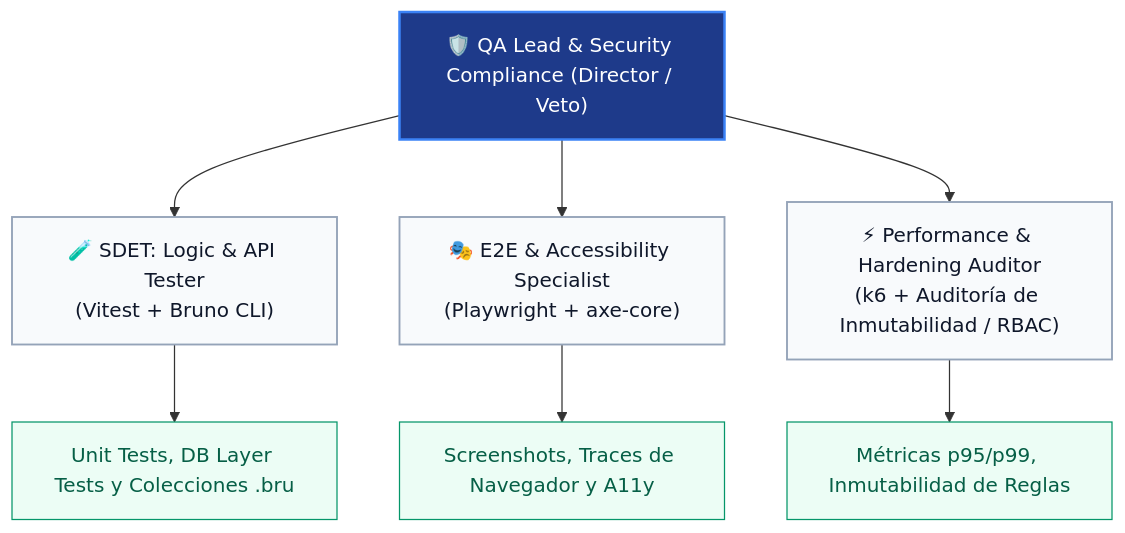
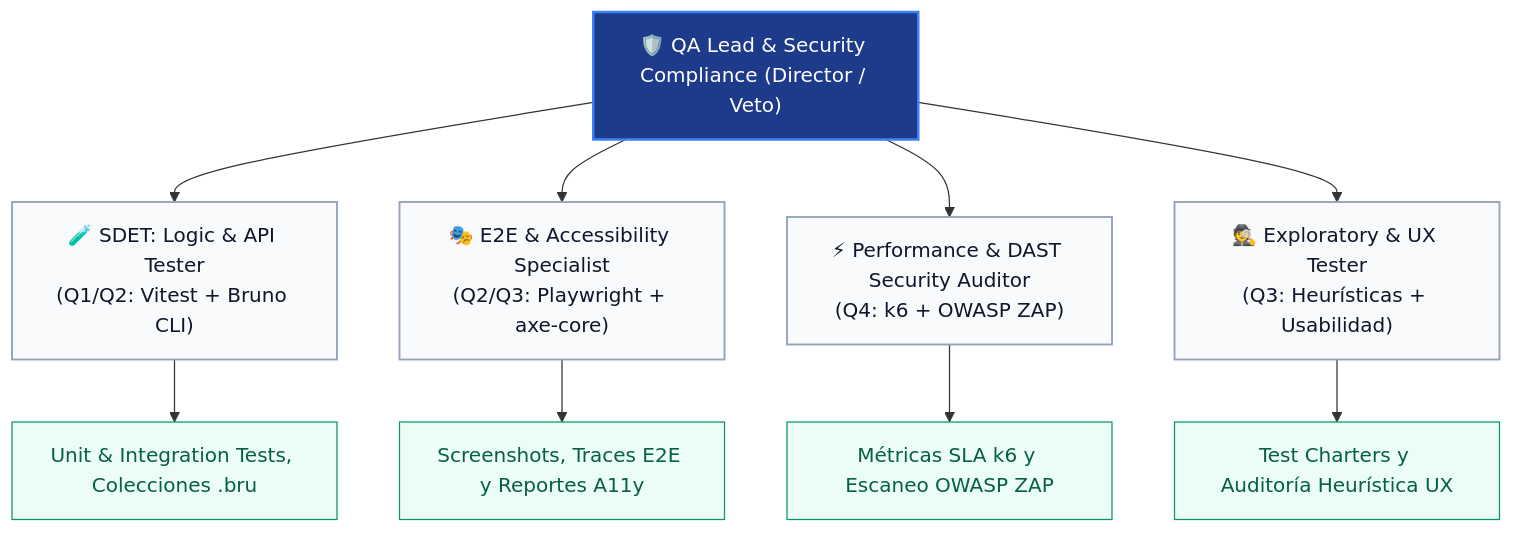
One commit to DanExl24/multiagent-sdlc-starter changed the diagram in multiAgents/05_qa_security_tester/ROLE.md. Above: the diagram before and after it, drawn with Mermaid. The commit also changed other lines of this file and 20 other files, not shown here.

````diff
--- a/multiAgents/05_qa_security_tester/ROLE.md
+++ b/multiAgents/05_qa_security_tester/ROLE.md
@@ -68,20 +68,22 @@
 ```mermaid
 graph TD
     QALead["🛡️ QA Lead & Security Compliance (Director / Veto)"]
     
-    QALead --> SubRole1["🧪 SDET: Logic & API Tester<br/>(Vitest + Bruno CLI)"]
-    QALead --> SubRole2["🎭 E2E & Accessibility Specialist<br/>(Playwright + axe-core)"]
-    QALead --> SubRole3["⚡ Performance & Hardening Auditor<br/>(k6 + Auditoría de Inmutabilidad / RBAC)"]
+    QALead --> SubRole1["🧪 SDET: Logic & API Tester<br/>(Q1/Q2: Vitest + Bruno CLI)"]
+    QALead --> SubRole2["🎭 E2E & Accessibility Specialist<br/>(Q2/Q3: Playwright + axe-core)"]
+    QALead --> SubRole3["⚡ Performance & DAST Security Auditor<br/>(Q4: k6 + OWASP ZAP)"]
+    QALead --> SubRole4["🕵️ Exploratory & UX Tester<br/>(Q3: Heurísticas + Usabilidad)"]
 
-    SubRole1 --> Artifacts["Unit Tests, DB Layer Tests y Colecciones .bru"]
-    SubRole2 --> Visual["Screenshots, Traces de Navegador y A11y"]
-    SubRole3 --> Stress["Métricas p95/p99, Inmutabilidad de Reglas"]
+    SubRole1 --> Artifacts["Unit & Integration Tests, Colecciones .bru"]
+    SubRole2 --> Visual["Screenshots, Traces E2E y Reportes A11y"]
+    SubRole3 --> Security["Métricas SLA k6 y Escaneo OWASP ZAP"]
+    SubRole4 --> Charters["Test Charters y Auditoría Heurística UX"]
 
     classDef lead fill:#1e3a8a,stroke:#3b82f6,color:#ffffff,stroke-width:2px;
     classDef sub fill:#f8fafc,stroke:#94a3b8,color:#0f172a,stroke-width:1.5px;
     classDef art fill:#ecfdf5,stroke:#059669,color:#065f46,stroke-width:1px;
 
     class QALead lead;
-    class SubRole1,SubRole2,SubRole3 sub;
-    class Artifacts,Visual,Stress art;
+    class SubRole1,SubRole2,SubRole3,SubRole4 sub;
+    class Artifacts,Visual,Security,Charters art;
 ```
````
